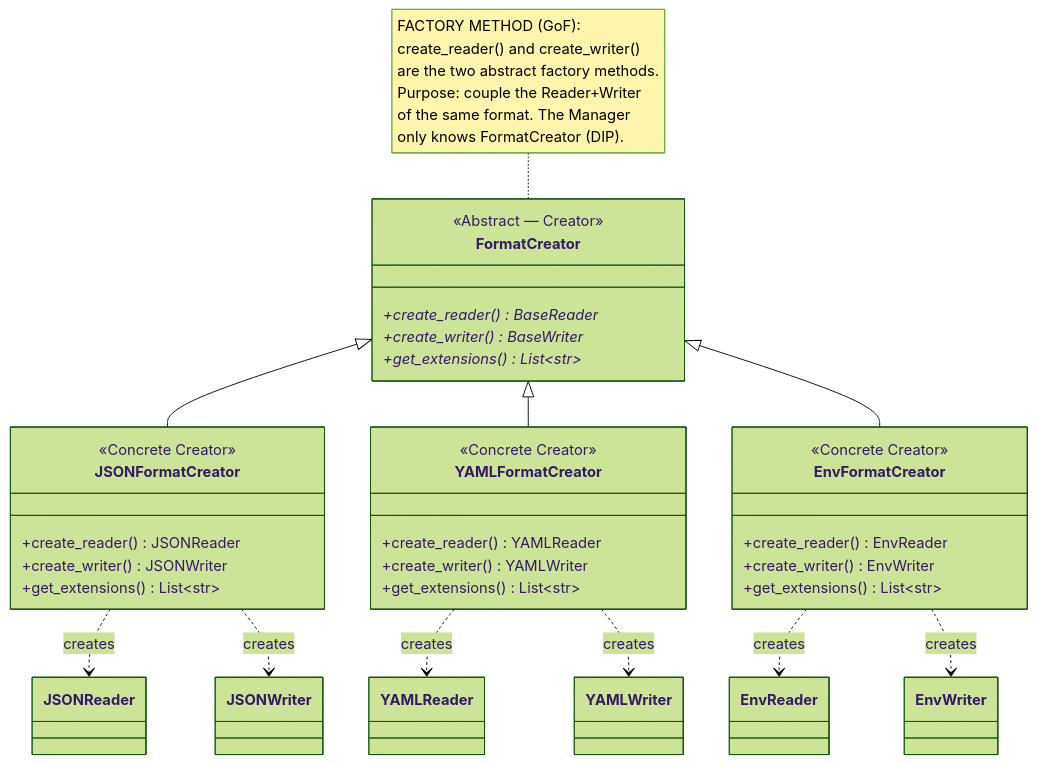
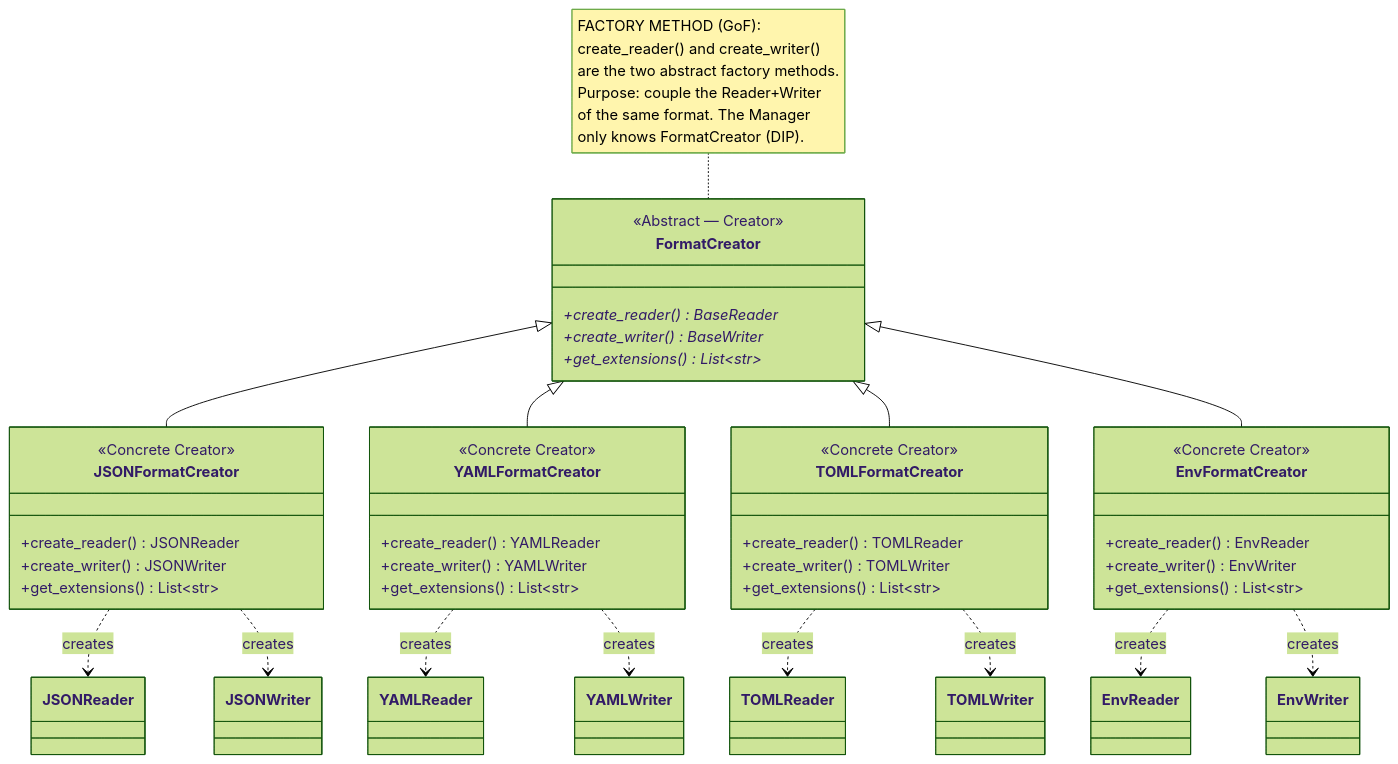
One commit to lucadileo9/proteus changed the second of 7 diagrams in docs/architecture.md. Above: the diagram before and after it, drawn with Mermaid (forest theme). The commit also changed other lines of this file and 5 other files, not shown here.

````diff
--- a/docs/architecture.md
+++ b/docs/architecture.md
@@ -55,48 +58,58 @@
 ```mermaid
     classDiagram
     class FormatCreator {
         <<Abstract — Creator>>
         +create_reader()* BaseReader
         +create_writer()* BaseWriter
         +get_extensions()* List~str~
     }
 
     class JSONFormatCreator {
         <<Concrete Creator>>
         +create_reader() JSONReader
         +create_writer() JSONWriter
         +get_extensions() List~str~
     }
 
     class YAMLFormatCreator {
         <<Concrete Creator>>
         +create_reader() YAMLReader
         +create_writer() YAMLWriter
         +get_extensions() List~str~
     }
 
+    class TOMLFormatCreator {
+        <<Concrete Creator>>
+        +create_reader() TOMLReader
+        +create_writer() TOMLWriter
+        +get_extensions() List~str~
+    }
+
     class EnvFormatCreator {
         <<Concrete Creator>>
         +create_reader() EnvReader
         +create_writer() EnvWriter
         +get_extensions() List~str~
     }
 
     FormatCreator <|-- JSONFormatCreator
     FormatCreator <|-- YAMLFormatCreator
+    FormatCreator <|-- TOMLFormatCreator
     FormatCreator <|-- EnvFormatCreator
 
     JSONFormatCreator ..> JSONReader : creates
     JSONFormatCreator ..> JSONWriter : creates
     YAMLFormatCreator ..> YAMLReader : creates
     YAMLFormatCreator ..> YAMLWriter : creates
+    TOMLFormatCreator ..> TOMLReader : creates
+    TOMLFormatCreator ..> TOMLWriter : creates
     EnvFormatCreator ..> EnvReader : creates
     EnvFormatCreator ..> EnvWriter : creates
 
     note for FormatCreator "FACTORY METHOD (GoF):
     create_reader() and create_writer()
     are the two abstract factory methods.
     Purpose: couple the Reader+Writer
     of the same format. The Manager
     only knows FormatCreator (DIP)."
 ```
````
